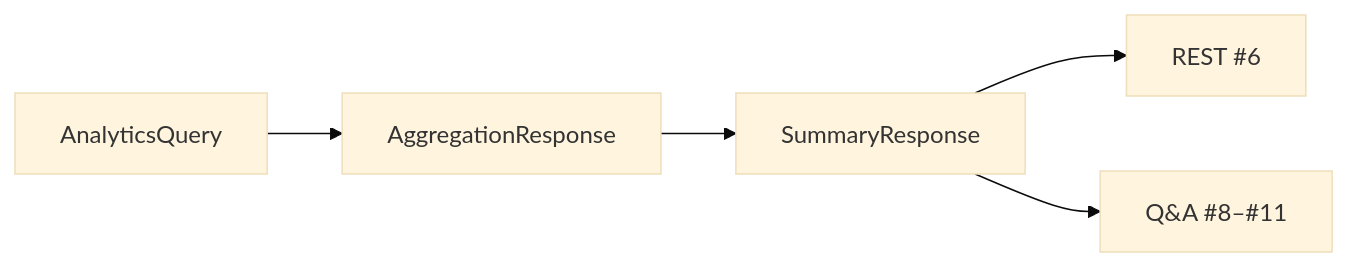
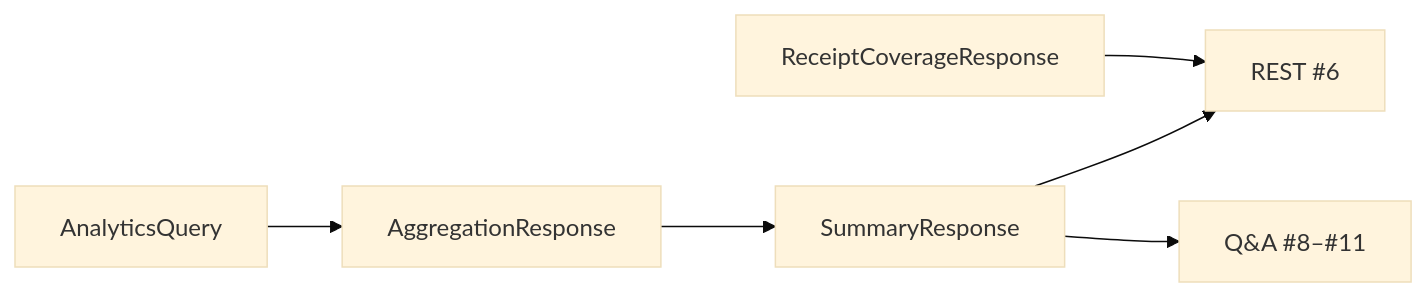
One commit to RoxanaTapia/receipt-intelligence-api changed the diagram in docs/analytics-schema.md. Above: the diagram before and after it, drawn with Mermaid (base theme). The commit also changed other lines of this file and 2 other files, not shown here.

First line of the commit message:
Document REST query params, coverage shape, and interim curl examples.

````diff
--- a/docs/analytics-schema.md
+++ b/docs/analytics-schema.md
@@ -20,7 +22,8 @@
 ```mermaid
 flowchart LR
   Q[AnalyticsQuery] --> A[AggregationResponse]
   A --> S[SummaryResponse]
   S --> R[REST #6]
   S --> QA[Q&A #8–#11]
+  C[ReceiptCoverageResponse] --> R
 ```
````
